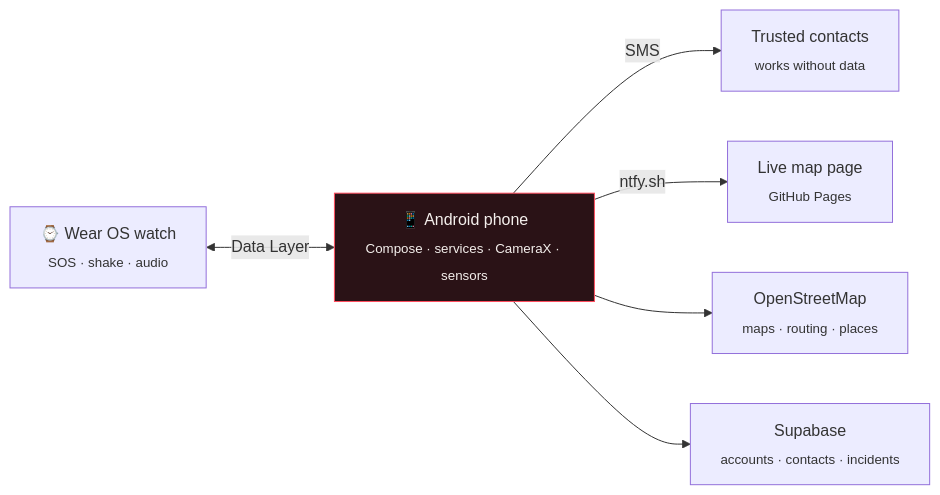
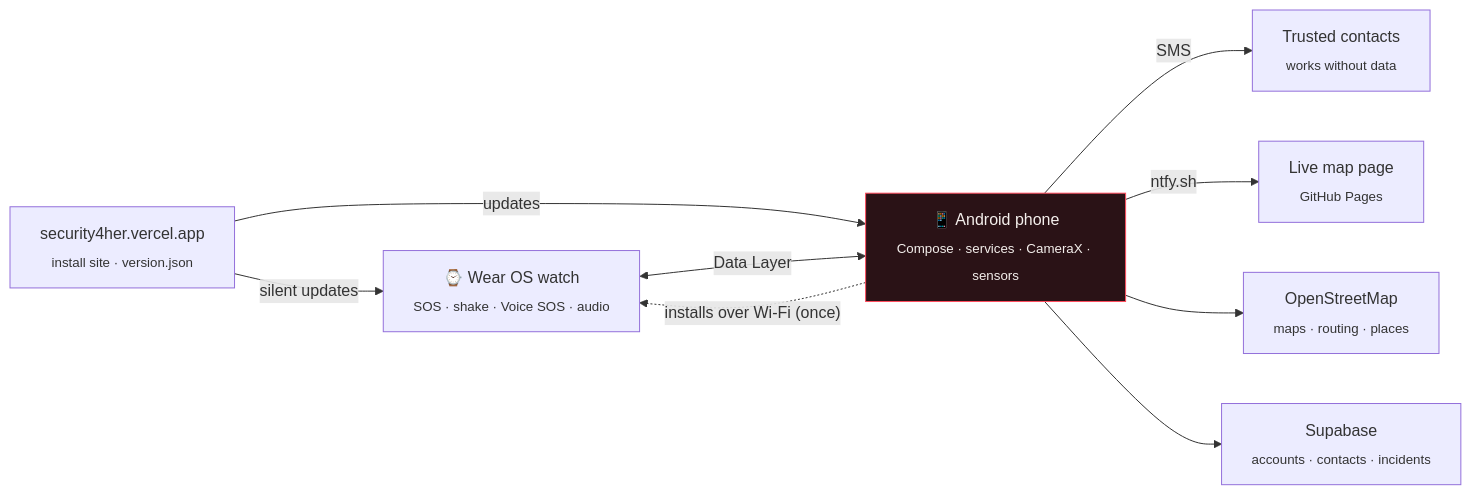
Before and after one commit to Sanskar-Dwivedi/Safe4Her: the diagram in README.md, drawn with Mermaid. The commit also changed other lines of this file and 37 other files, not shown here.

````diff
--- a/README.md
+++ b/README.md
@@ -98,9 +108,12 @@
 ```mermaid
 flowchart LR
-    W["⌚ Wear OS watch<br/><sub>SOS · shake · audio</sub>"] <-->|Data Layer| P["📱 Android phone<br/><sub>Compose · services · CameraX · sensors</sub>"]
+    W["⌚ Wear OS watch<br/><sub>SOS · shake · Voice SOS · audio</sub>"] <-->|Data Layer| P["📱 Android phone<br/><sub>Compose · services · CameraX · sensors</sub>"]
+    P -. "installs over Wi-Fi (once)" .-> W
     P -->|SMS| S["Trusted contacts<br/><sub>works without data</sub>"]
     P -->|ntfy.sh| L["Live map page<br/><sub>GitHub Pages</sub>"]
     P --> O["OpenStreetMap<br/><sub>maps · routing · places</sub>"]
     P --> B["Supabase<br/><sub>accounts · contacts · incidents</sub>"]
+    U["security4her.vercel.app<br/><sub>install site · version.json</sub>"] -->|updates| P
+    U -->|silent updates| W
     style P fill:#2A1216,stroke:#FF4D5E,color:#F4EFEC
 ```
````
